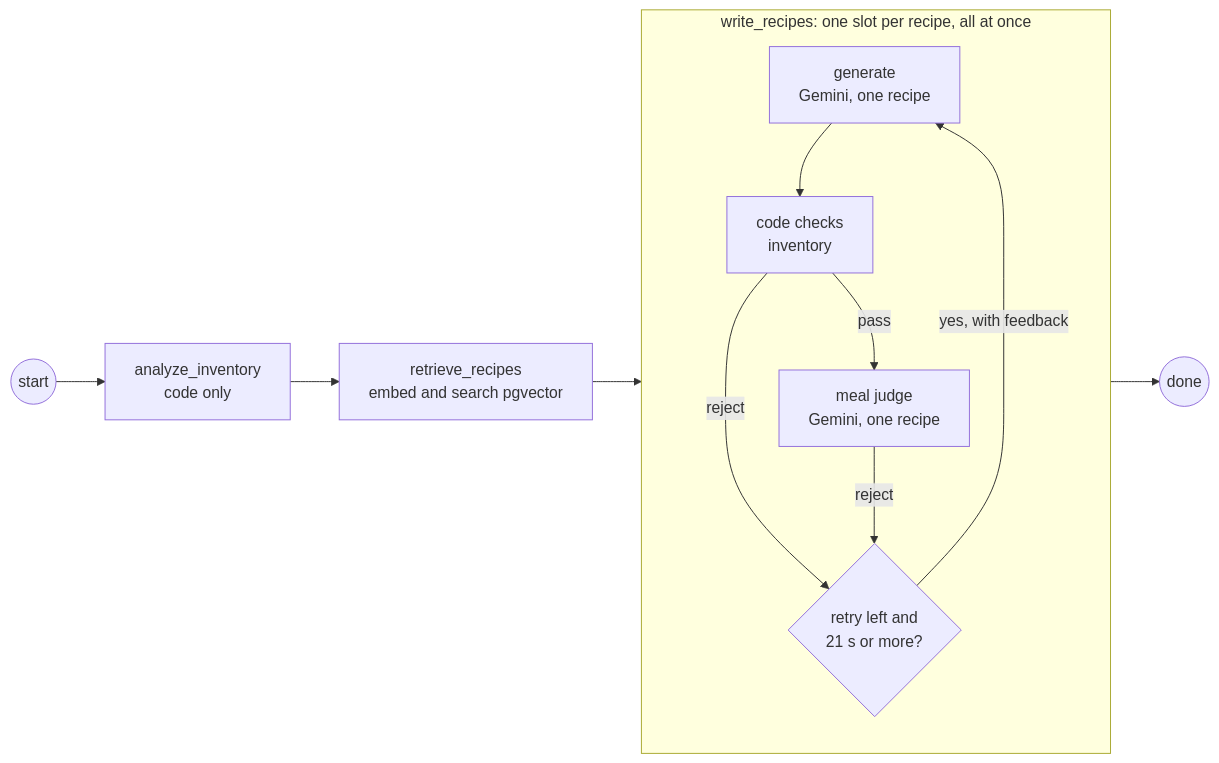
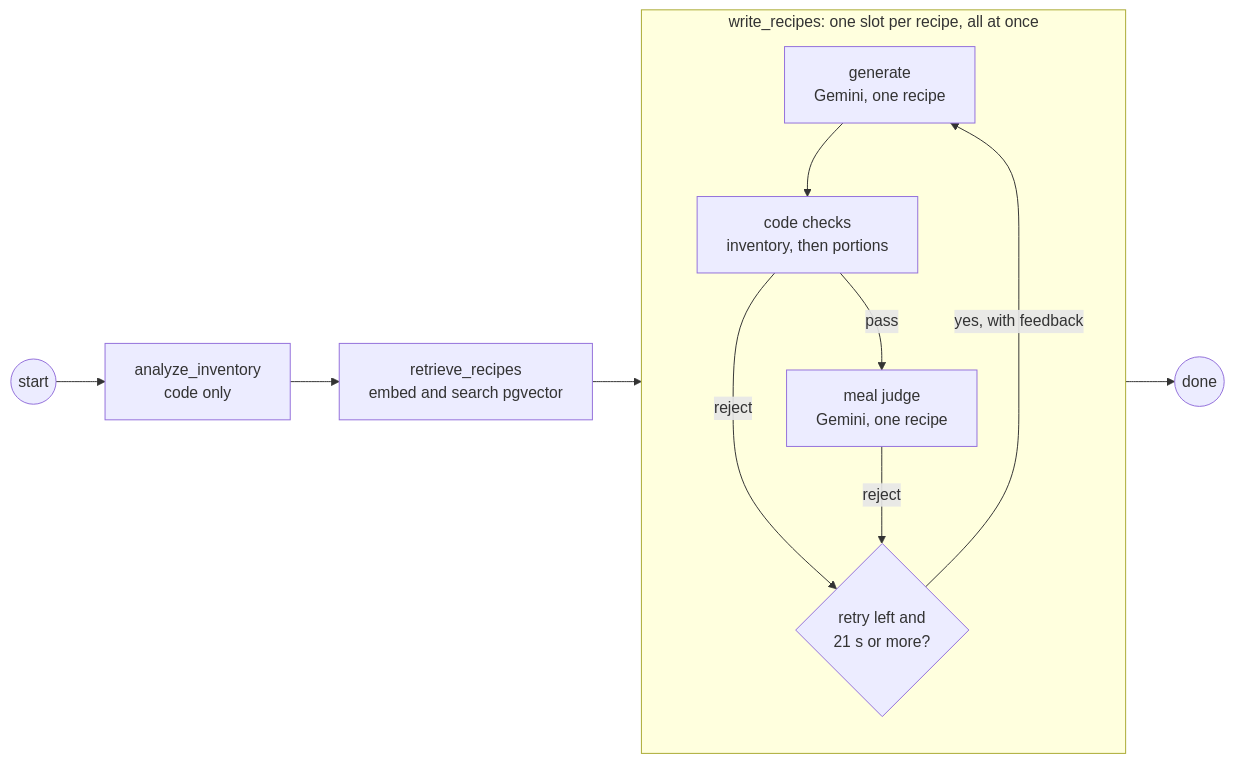
The third of 5 diagrams in docs/architecture.md (brandon-sanchez/FreshPlate), drawn with Mermaid before and after one commit. The commit also changed other lines of this file and 7 other files, not shown here.

````diff
--- a/docs/architecture.md
+++ b/docs/architecture.md
@@ -85,14 +85,14 @@
 ```mermaid
 flowchart LR
 	Start(("start")) --> A["analyze_inventory<br/>code only"]
 	A --> R["retrieve_recipes<br/>embed and search pgvector"]
 	R --> W
 	subgraph W["write_recipes: one slot per recipe, all at once"]
-		G["generate<br/>Gemini, one recipe"] --> C["code checks<br/>inventory"]
+		G["generate<br/>Gemini, one recipe"] --> C["code checks<br/>inventory, then portions"]
 		C -- "pass" --> J["meal judge<br/>Gemini, one recipe"]
 		C -- "reject" --> F{"retry left and<br/>21 s or more?"}
 		J -- "reject" --> F
 		F -- "yes, with feedback" --> G
 	end
 	W --> Done(("done"))
 ```
````
